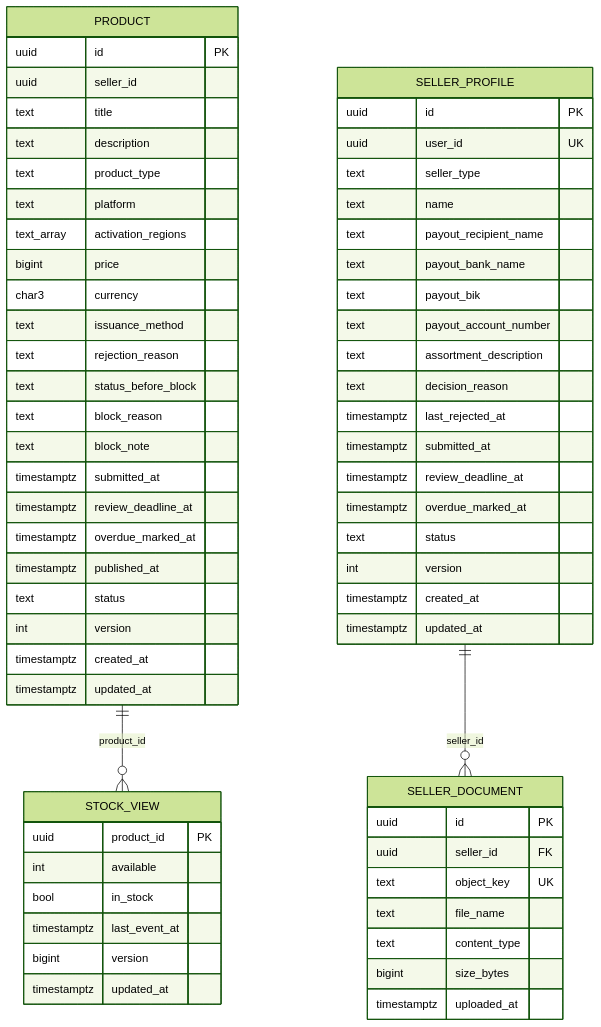
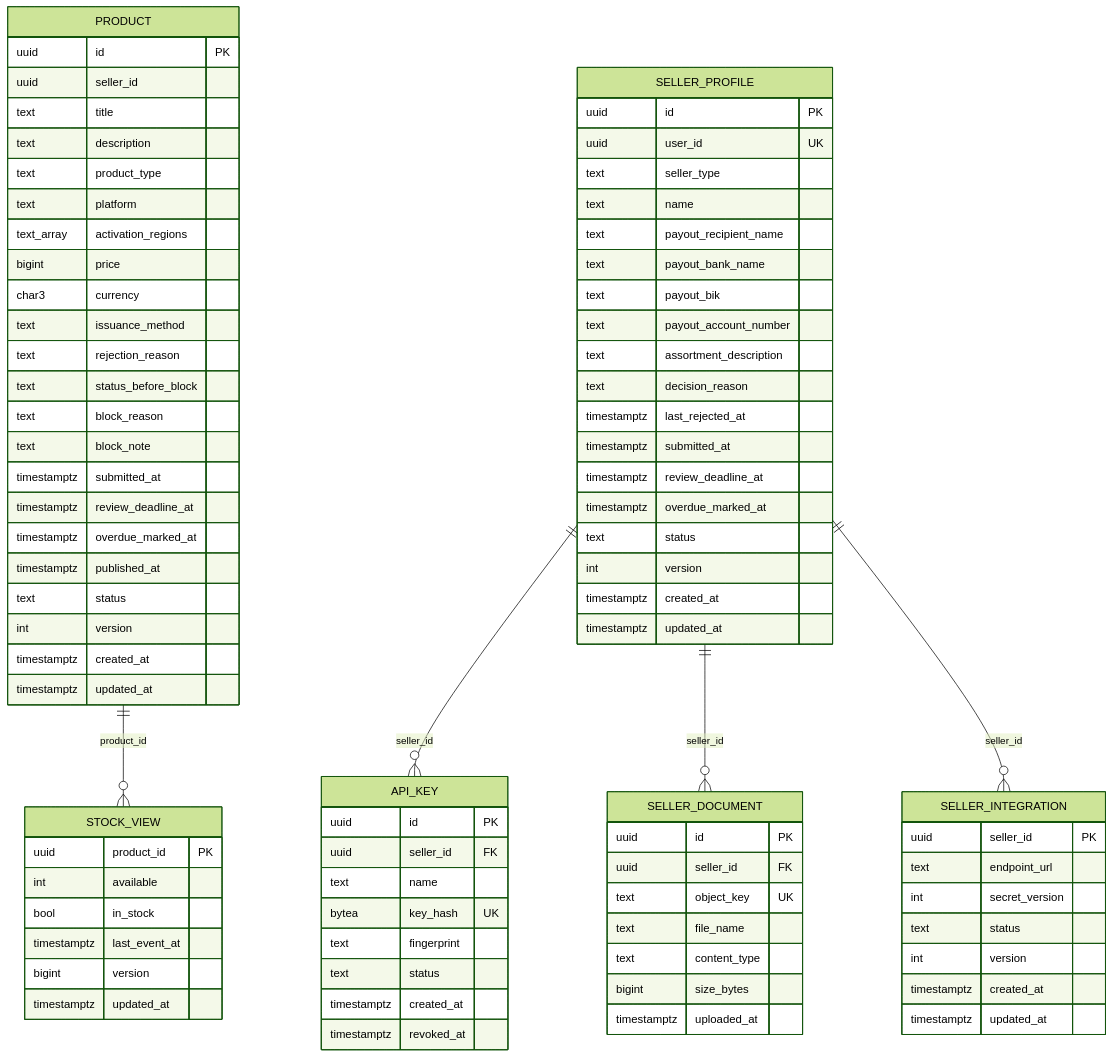
The diagram in docs/07-data/catalog-service-schema.md (Lapin143/digital-goods-marketplace), drawn with Mermaid (forest theme) before and after one commit. The commit also changed other lines of this file and 34 other files, not shown here.

````diff
--- a/docs/07-data/catalog-service-schema.md
+++ b/docs/07-data/catalog-service-schema.md
@@ -48,6 +48,16 @@
         bigint version
         timestamptz updated_at
     }
+    API_KEY {
+        uuid id PK
+        uuid seller_id FK
+        text name
+        bytea key_hash UK
+        text fingerprint
+        text status
+        timestamptz created_at
+        timestamptz revoked_at
+    }
     SELLER_DOCUMENT {
         uuid id PK
         uuid seller_id FK
@@ -56,6 +66,15 @@
         text content_type
         bigint size_bytes
         timestamptz uploaded_at
+    }
+    SELLER_INTEGRATION {
+        uuid seller_id PK
+        text endpoint_url
+        int secret_version
+        text status
+        int version
+        timestamptz created_at
+        timestamptz updated_at
     }
     SELLER_PROFILE {
         uuid id PK
@@ -78,5 +97,7 @@
         timestamptz updated_at
     }
     PRODUCT ||--o{ STOCK_VIEW : "product_id"
+    SELLER_PROFILE ||--o{ API_KEY : "seller_id"
     SELLER_PROFILE ||--o{ SELLER_DOCUMENT : "seller_id"
+    SELLER_PROFILE ||--o{ SELLER_INTEGRATION : "seller_id"
 ```
````
